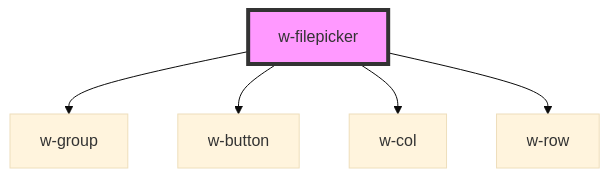
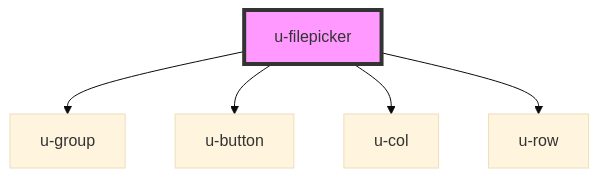
The diagram in src/components/u-filepicker/readme.md (theUrbans/uniform), drawn with Mermaid (base theme) before and after one commit. The commit also changed other lines of this file and 13 other files, not shown here.

````diff
--- a/src/components/u-filepicker/readme.md
+++ b/src/components/u-filepicker/readme.md
@@ -37,8 +37,8 @@
 ```mermaid
 graph TD;
-  w-filepicker --> w-group
-  w-filepicker --> w-button
-  w-filepicker --> w-col
-  w-filepicker --> w-row
-  style w-filepicker fill:#f9f,stroke:#333,stroke-width:4px
+  u-filepicker --> u-group
+  u-filepicker --> u-button
+  u-filepicker --> u-col
+  u-filepicker --> u-row
+  style u-filepicker fill:#f9f,stroke:#333,stroke-width:4px
 ```
````
